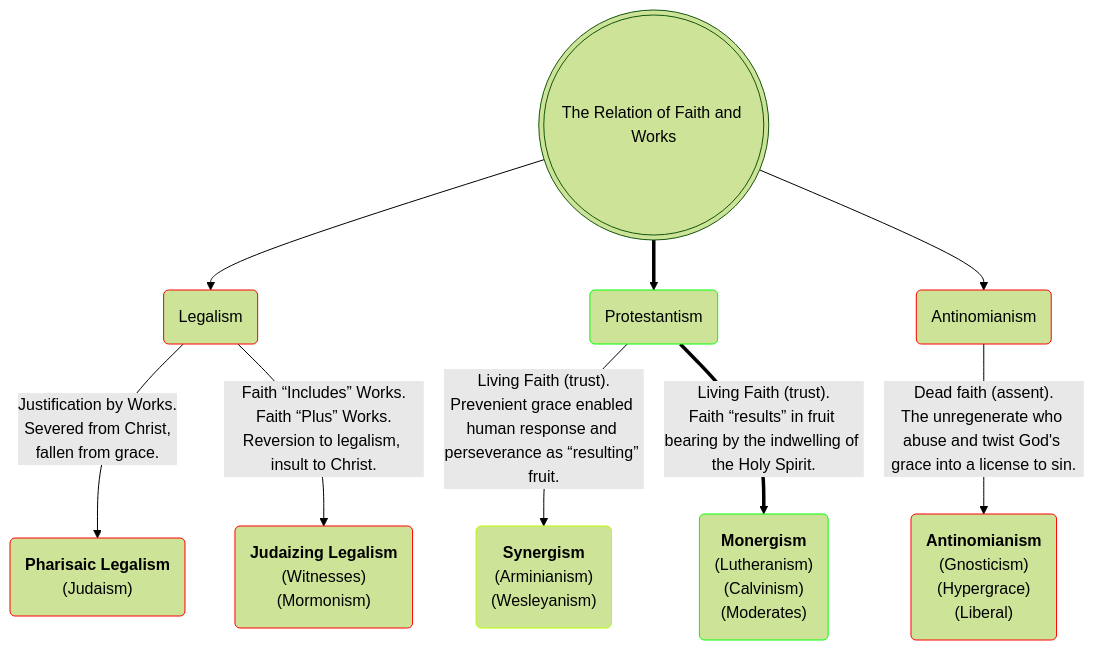
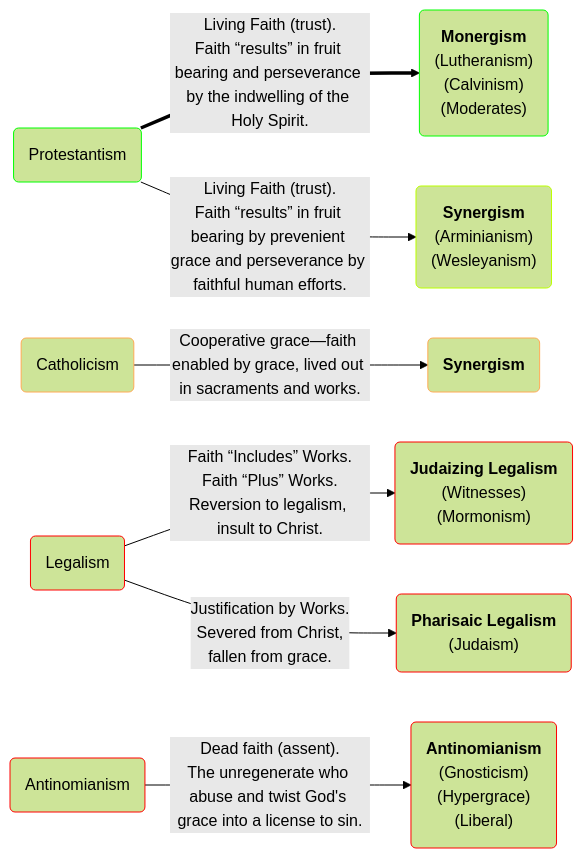
Before and after one commit to OrdoLuminis/ordoluminis.github.io: the first of 2 diagrams in _posts/2025-08-03-historic-protestant-position.markdown, drawn with Mermaid (forest theme). The commit also changed other lines of this file, not shown here.

Commit message:
nuance maps

````diff
--- a/_posts/2025-08-03-historic-protestant-position.markdown
+++ b/_posts/2025-08-03-historic-protestant-position.markdown
@@ -51,15 +51,17 @@
 ```mermaid
-flowchart TD
-    A(((The Relation of Faith and Works)))
-    A -->B(Legalism):::red
-    A ==>C(Protestantism):::green
-    A -->D(Antinomianism):::red
-    B -->|Justification by Works.<br>Severed from Christ,<br>fallen from grace.| E(<strong>Pharisaic Legalism</strong><br>&lpar;Judaism&rpar;):::red
-    B -->|Faith &ldquo;Includes&rdquo; Works.<br>Faith &ldquo;Plus&rdquo; Works.<br>Reversion to legalism, insult to Christ.| F(<strong>Judaizing Legalism</strong><br>&lpar;Witnesses&rpar;<br>&lpar;Mormonism&rpar;):::red
-    C -->|Living Faith &lpar;trust&rpar;.<br>Prevenient grace enabled human response and perseverance as &ldquo;resulting&rdquo; fruit.| H(<strong>Synergism</strong><br>&lpar;Arminianism&rpar;<br>&lpar;Wesleyanism&rpar;):::lightgreen
-    C ==>|Living Faith &lpar;trust&rpar;.<br>Faith &ldquo;results&rdquo; in fruit bearing by the indwelling of the Holy Spirit.| I(<strong>Monergism</strong><br>&lpar;Lutheranism&rpar;<br>&lpar;Calvinism&rpar;<br>&lpar;Moderates&rpar;):::green
-    D -->|Dead faith &lpar;assent&rpar;.<br>The unregenerate who abuse and twist God's grace into a license to sin.| G(<strong>Antinomianism</strong><br>&lpar;Gnosticism&rpar;<br>&lpar;Hypergrace&rpar;<br>&lpar;Liberal&rpar;):::red
+flowchart LR
+    A(Protestantism):::green
+    B(Catholicism):::orange
+    C(Legalism):::red
+    D(Antinomianism):::red
+    A ==>|Living Faith &lpar;trust&rpar;.<br>Faith &ldquo;results&rdquo; in fruit bearing and perseverance by the indwelling of the Holy Spirit.| E(<strong>Monergism</strong><br>&lpar;Lutheranism&rpar;<br>&lpar;Calvinism&rpar;<br>&lpar;Moderates&rpar;):::green
+    A -->|Living Faith &lpar;trust&rpar;.<br>Faith &ldquo;results&rdquo; in fruit bearing by prevenient grace and perseverance by faithful human efforts.| F(<strong>Synergism</strong><br>&lpar;Arminianism&rpar;<br>&lpar;Wesleyanism&rpar;):::lightgreen
+    B -->|Cooperative grace&mdash;faith enabled by grace, lived out in sacraments and works.|G(<strong>Synergism</strong>):::orange
+    C -->|Faith &ldquo;Includes&rdquo; Works.<br>Faith &ldquo;Plus&rdquo; Works.<br>Reversion to legalism, insult to Christ.| I(<strong>Judaizing Legalism</strong><br>&lpar;Witnesses&rpar;<br>&lpar;Mormonism&rpar;):::red
+    C -->|Justification by Works.<br>Severed from Christ,<br>fallen from grace.| H(<strong>Pharisaic Legalism</strong><br>&lpar;Judaism&rpar;):::red
+    D -->|Dead faith &lpar;assent&rpar;.<br>The unregenerate who abuse and twist God's grace into a license to sin.| J(<strong>Antinomianism</strong><br>&lpar;Gnosticism&rpar;<br>&lpar;Hypergrace&rpar;<br>&lpar;Liberal&rpar;):::red
     classDef red stroke:#f00
     classDef green stroke:#0f0
     classDef lightgreen stroke:#Bf0
+    classDef orange stroke:#fa5
 ```
````
